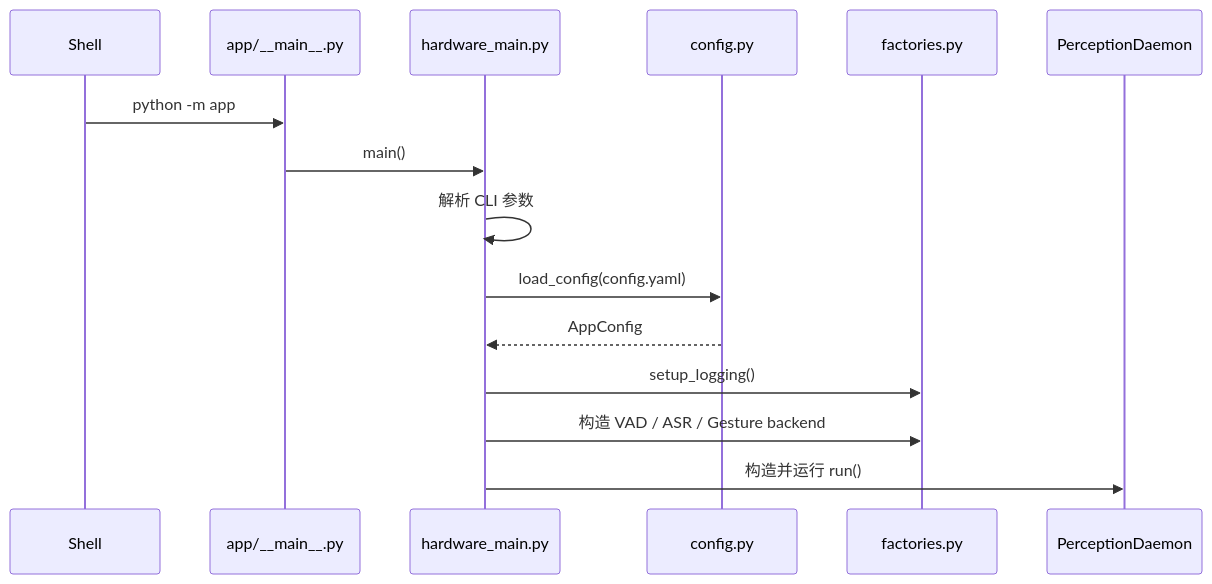
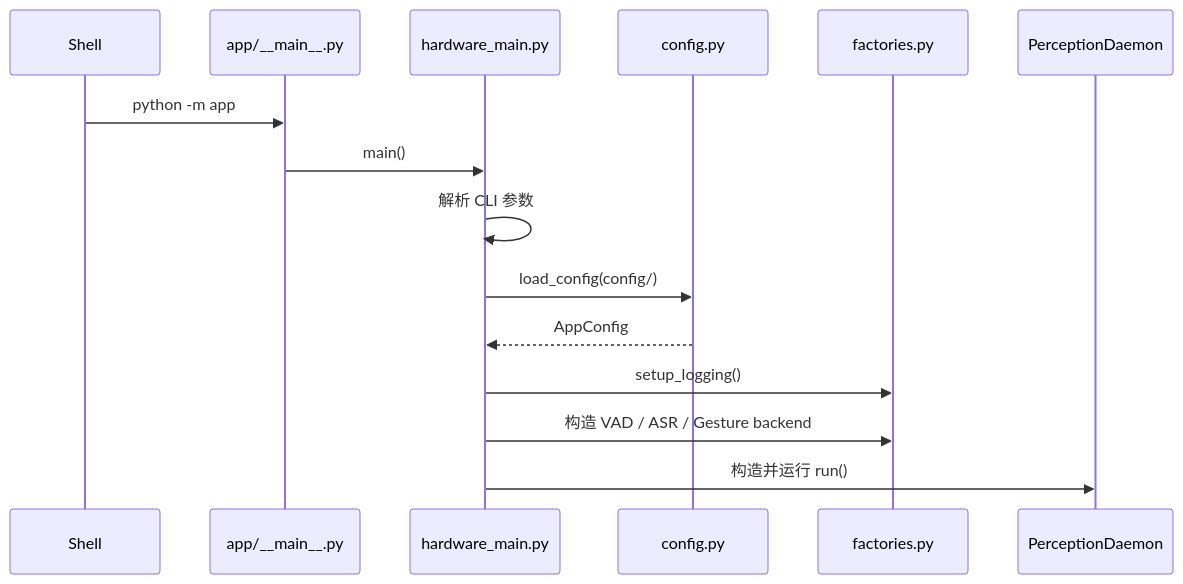
One commit to CrazyJassBread/desktop_bot changed the second of 4 diagrams in docs/app-pipeline.md. Above: the diagram before and after it, drawn with Mermaid. The commit also changed other lines of this file and 80 other files, not shown here.

````diff
--- a/docs/app-pipeline.md
+++ b/docs/app-pipeline.md
@@ -109,18 +109,18 @@
 ```mermaid
 sequenceDiagram
     participant Shell as Shell
     participant Entry as app/__main__.py
     participant Main as hardware_main.py
     participant Config as config.py
     participant Factory as factories.py
     participant Daemon as PerceptionDaemon
 
     Shell->>Entry: python -m app
     Entry->>Main: main()
     Main->>Main: 解析 CLI 参数
-    Main->>Config: load_config(config.yaml)
+    Main->>Config: load_config(config/)
     Config-->>Main: AppConfig
     Main->>Factory: setup_logging()
     Main->>Factory: 构造 VAD / ASR / Gesture backend
     Main->>Daemon: 构造并运行 run()
 ```
````
